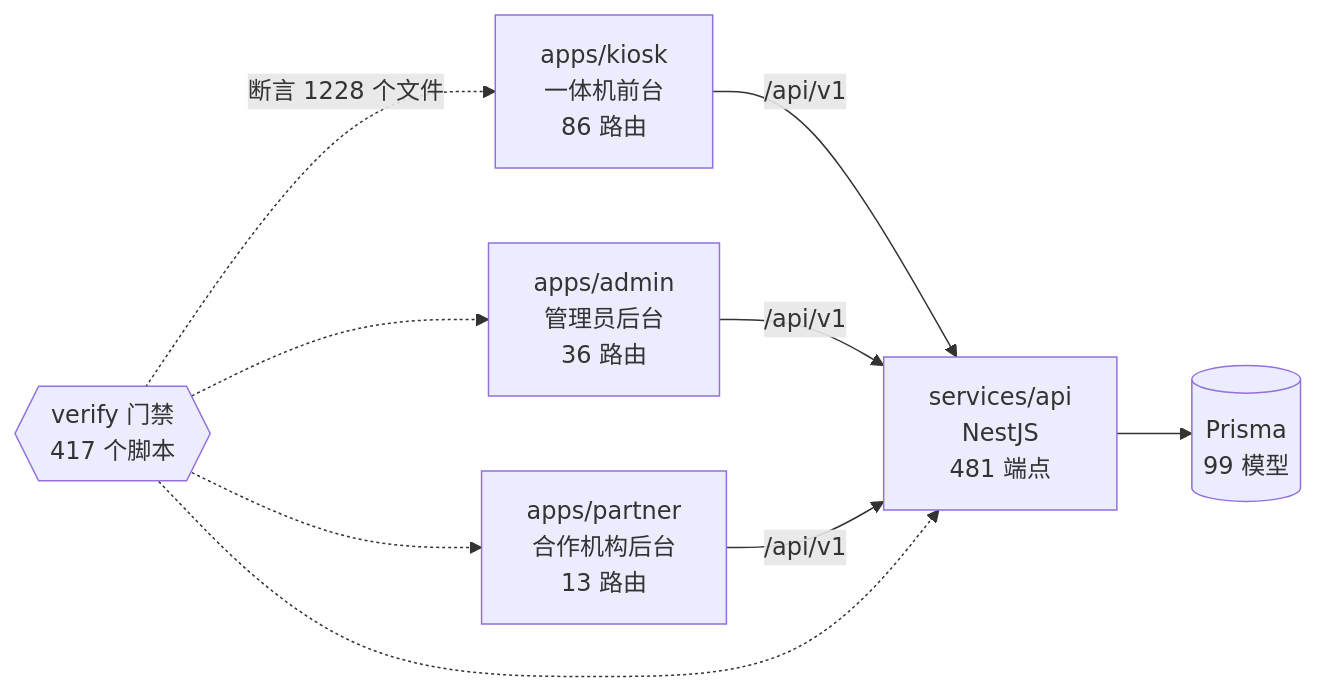
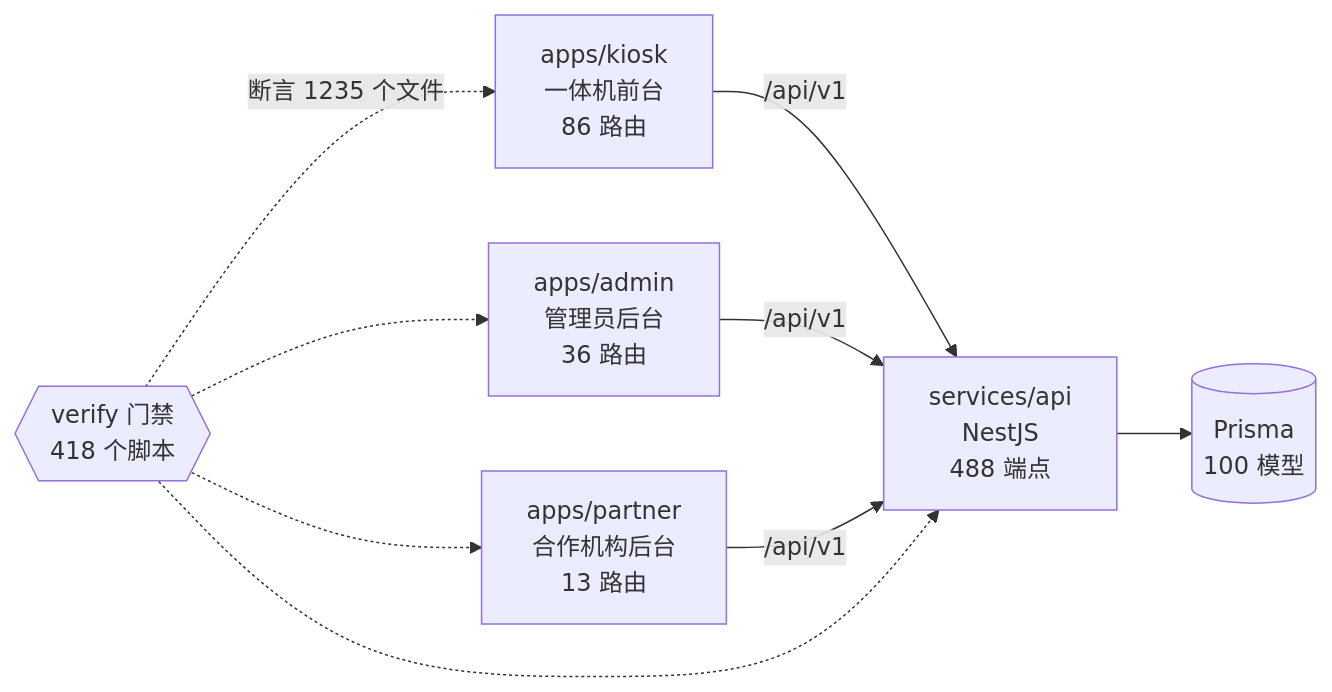
The diagram in docs/graph/README.md (wanglei581/YITIJI), drawn with Mermaid before and after one commit. The commit also changed other lines of this file and 13 other files, not shown here.

First line of the commit message:
chore(repo): 资产体积门禁 + 证据目录 ignore + 修图谱中文名失明 + 删自相矛盾门禁 (#809)

````diff
--- a/docs/graph/README.md
+++ b/docs/graph/README.md
@@ -68,18 +68,18 @@
 ```mermaid
 flowchart LR
   kiosk["apps/kiosk<br/>一体机前台<br/>86 路由"]
   admin["apps/admin<br/>管理员后台<br/>36 路由"]
   partner["apps/partner<br/>合作机构后台<br/>13 路由"]
-  api["services/api<br/>NestJS<br/>481 端点"]
-  db[("Prisma<br/>99 模型")]
-  gates{{"verify 门禁<br/>417 个脚本"}}
+  api["services/api<br/>NestJS<br/>488 端点"]
+  db[("Prisma<br/>100 模型")]
+  gates{{"verify 门禁<br/>418 个脚本"}}
 
   kiosk -->|"/api/v1"| api
   admin -->|"/api/v1"| api
   partner -->|"/api/v1"| api
   api --> db
-  gates -.->|"断言 1228 个文件"| kiosk
+  gates -.->|"断言 1235 个文件"| kiosk
   gates -.-> admin
   gates -.-> partner
   gates -.-> api
 ```
````
